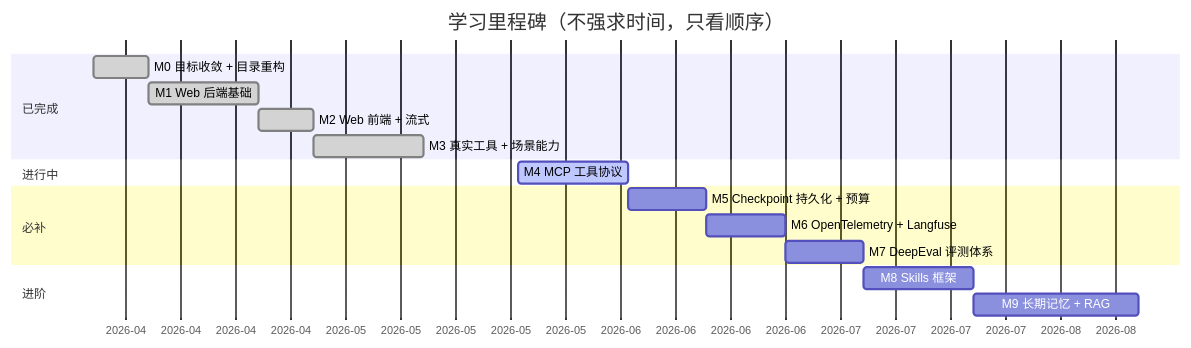
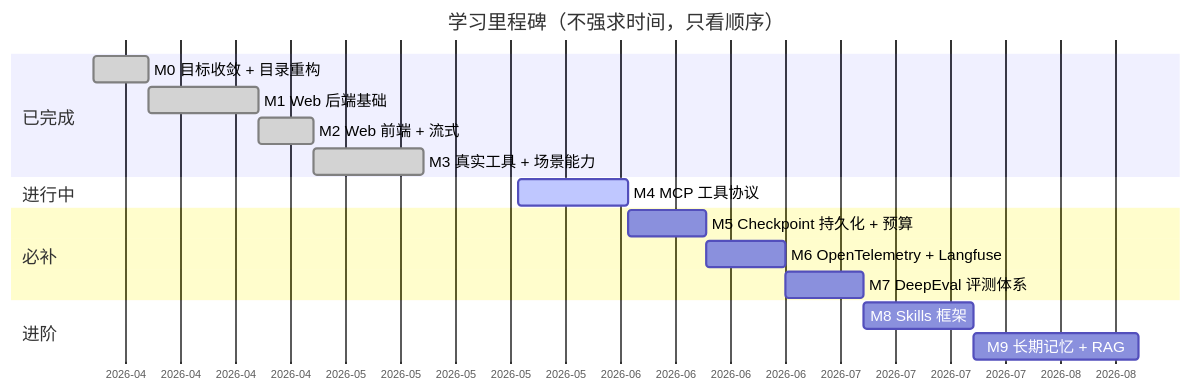
The fifth of 7 diagrams in docs/ARCHITECTURE.md (Eplayed/agents-cli-learn), drawn with Mermaid before and after one commit. The commit also changed other lines of this file and 11 other files, not shown here.

````diff
--- a/docs/ARCHITECTURE.md
+++ b/docs/ARCHITECTURE.md
@@ -304,24 +330,25 @@
 ```mermaid
+%%{init: {'theme':'default', 'themeVariables': {'fontSize':'16px'}, 'gantt': {'fontSize': 14, 'sectionFontSize': 16, 'barHeight': 24}}}%%
 gantt
     title 学习里程碑（不强求时间，只看顺序）
     dateFormat  YYYY-MM-DD
     axisFormat  %Y-%m
     
     section 已完成
     M0 目标收敛 + 目录重构        :done,    m0, 2026-04-01, 7d
     M1 Web 后端基础              :done,    m1, after m0, 14d
     M2 Web 前端 + 流式            :done,    m2, after m1, 7d
     M3 真实工具 + 场景能力         :done,    m3, after m2, 14d
     
     section 进行中
     M4 MCP 工具协议              :active,  m4, 2026-05-25, 14d
     
     section 必补
     M5 Checkpoint 持久化 + 预算    :         m5, after m4, 10d
     M6 OpenTelemetry + Langfuse  :         m6, after m5, 10d
     M7 DeepEval 评测体系          :         m7, after m6, 10d
     
     section 进阶
     M8 Skills 框架               :         m8, after m7, 14d
     M9 长期记忆 + RAG             :         m9, after m8, 21d
 ```
````
